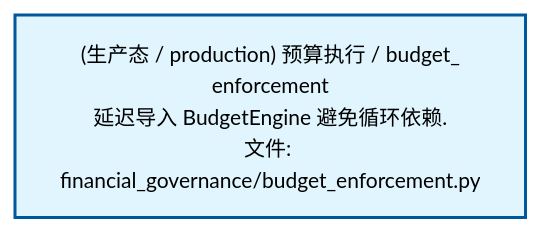
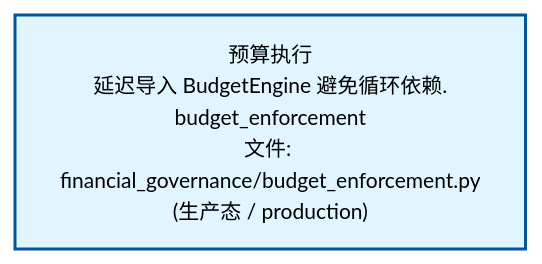
The second of 3 diagrams in docs/02_enterprise_architecture/02_domain_architecture_docs/54_d_gov_repair.md (xuanFelixVan/ZephyrAlpha), drawn with Mermaid before and after one commit. The commit also changed other lines of this file and 62 other files, not shown here.

````diff
--- a/docs/02_enterprise_architecture/02_domain_architecture_docs/54_d_gov_repair.md
+++ b/docs/02_enterprise_architecture/02_domain_architecture_docs/54_d_gov_repair.md
@@ -85,10 +85,10 @@
 ```mermaid
 %%{init: {'theme': 'base', 'themeVariables': {'primaryColor': '#eaeaea', 'primaryTextColor': '#333333', 'primaryBorderColor': '#666666', 'lineColor': '#666666', 'secondaryColor': '#eaeaea', 'tertiaryColor': '#eaeaea', 'fontSize': '14px'}}}%%
 flowchart TD
-    src_zephyr_governance_financial_governance_budget_enforcement_py["(生产态 / production) 预算执行 / budget_<br/>enforcement<br/>延迟导入 BudgetEngine 避免循环依赖.<br/>文件: financial_governance/budget_enforcement.py"]
+    src_zephyr_governance_financial_governance_budget_enforcement_py["预算执行<br/>延迟导入 BudgetEngine 避免循环依赖.<br/>budget_enforcement<br/>文件: financial_governance/budget_enforcement.py<br/>(生产态 / production)"]
     classDef production fill:#e1f5fe,stroke:#01579b,stroke-width:2px,color:#000
     classDef design fill:#fff3e0,stroke:#e65100,stroke-width:2px,color:#000,stroke-dasharray: 5 5
     classDef external_prod fill:#e8f4fd,stroke:#0277bd,stroke-width:1px,color:#000
     classDef external_design fill:#fff8e7,stroke:#ef6c00,stroke-width:1px,color:#000,stroke-dasharray: 5 5
     class src_zephyr_governance_financial_governance_budget_enforcement_py production
 ```
````
